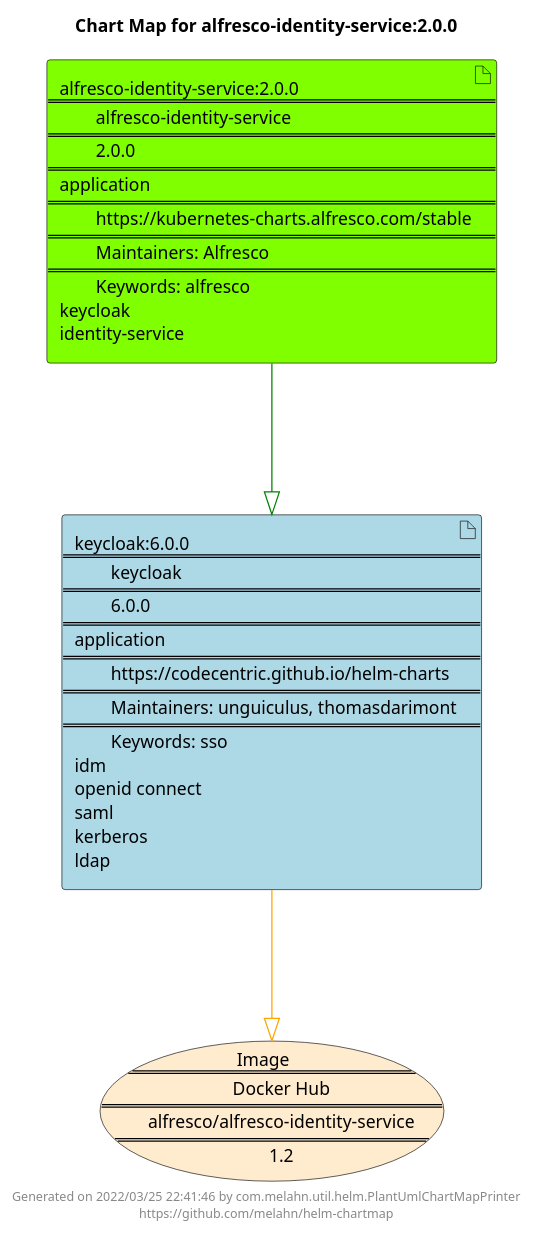
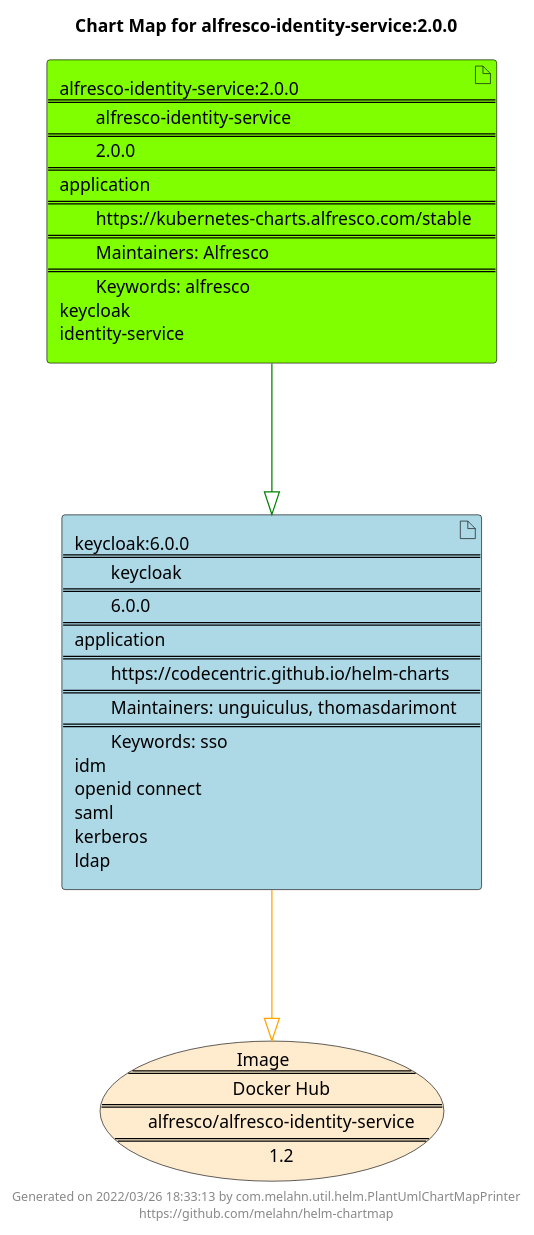
Before and after one commit to melahn/helm-chartmap: the diagram in docs/alfresco-identity-service/alfresco-identity-service-2.0.0.puml, drawn with PlantUML. The commit also changed 55 other files, not shown here.

Commit message:
Update Example Chart Maps as part of GitHub build

```diff
--- a/docs/alfresco-identity-service/alfresco-identity-service-2.0.0.puml
+++ b/docs/alfresco-identity-service/alfresco-identity-service-2.0.0.puml
@@ -1,23 +1,23 @@
 @startuml
 skinparam linetype ortho
 skinparam backgroundColor white
 skinparam usecaseBorderColor black
 skinparam usecaseArrowColor LightSlateGray
 skinparam artifactBorderColor black
 skinparam artifactArrowColor LightSlateGray
 
 title Chart Map for alfresco-identity-service:2.0.0
 
 'There are 2 referenced Helm Charts
 artifact "keycloak:6.0.0\n====\n\tkeycloak\n====\n\t6.0.0\n====\napplication\n====\n\thttps://codecentric.github.io/helm-charts\n====\n\tMaintainers: unguiculus, thomasdarimont\n====\n\tKeywords: sso\nidm\nopenid connect\nsaml\nkerberos\nldap" as keycloak_6_0_0 #LightBlue
 artifact "alfresco-identity-service:2.0.0\n====\n\talfresco-identity-service\n====\n\t2.0.0\n====\napplication\n====\n\thttps://kubernetes-charts.alfresco.com/stable\n====\n\tMaintainers: Alfresco\n====\n\tKeywords: alfresco\nkeycloak\nidentity-service" as alfresco_identity_service_2_0_0 #Chartreuse
 
 'There is one referenced Docker Image
 usecase "Image\n====\n\tDocker Hub\n====\n\talfresco/alfresco-identity-service\n====\n\t1.2" as alfresco_alfresco_identity_service_1_2 #BlanchedAlmond
 
 'Chart Dependencies
 alfresco_identity_service_2_0_0--[#green]-|>keycloak_6_0_0
 keycloak_6_0_0--[#orange]-|>alfresco_alfresco_identity_service_1_2
 
-center footer Generated on 2022/03/25 22:41:46 by com.melahn.util.helm.PlantUmlChartMapPrinter\nhttps://github.com/melahn/helm-chartmap
+center footer Generated on 2022/03/26 18:33:13 by com.melahn.util.helm.PlantUmlChartMapPrinter\nhttps://github.com/melahn/helm-chartmap
 @enduml
```
